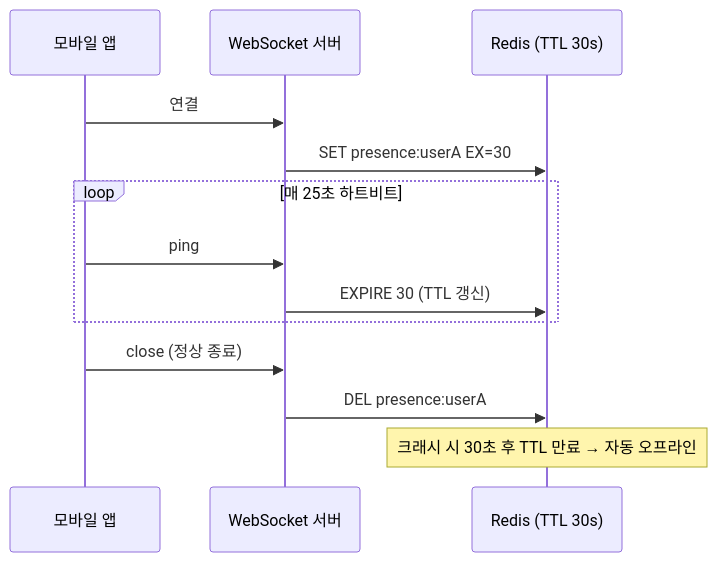
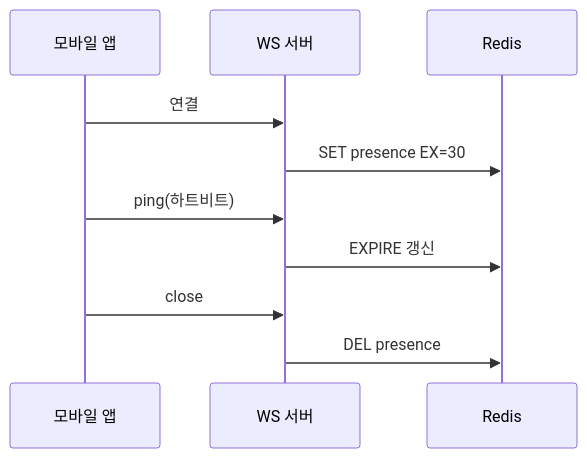
One commit to yjkim2015/yjkim2015.github.io changed the seventh of 9 diagrams in _posts/systemdesign/2026-05-02-system-design-chat.md. Above: the diagram before and after it, drawn with Mermaid. The commit also changed other lines of this file and 155 other files, not shown here.

First line of the commit message:
Mermaid 전면 수정: subgraph 제거, participant/노드/줄수 축소 (342블록)

````diff
--- a/_posts/systemdesign/2026-05-02-system-design-chat.md
+++ b/_posts/systemdesign/2026-05-02-system-design-chat.md
@@ -319,15 +311,12 @@
 ```mermaid
 sequenceDiagram
     participant App as 모바일 앱
-    participant WS as WebSocket 서버
-    participant Redis as Redis (TTL 30s)
+    participant WS as WS 서버
+    participant Redis as Redis
     App->>WS: 연결
-    WS->>Redis: SET presence:userA EX=30
-    loop 매 25초 하트비트
-        App->>WS: ping
-        WS->>Redis: EXPIRE 30 (TTL 갱신)
-    end
-    App->>WS: close (정상 종료)
-    WS->>Redis: DEL presence:userA
-    Note over Redis: 크래시 시 30초 후 TTL 만료 → 자동 오프라인
+    WS->>Redis: SET presence EX=30
+    App->>WS: ping(하트비트)
+    WS->>Redis: EXPIRE 갱신
+    App->>WS: close
+    WS->>Redis: DEL presence
 ```
````
